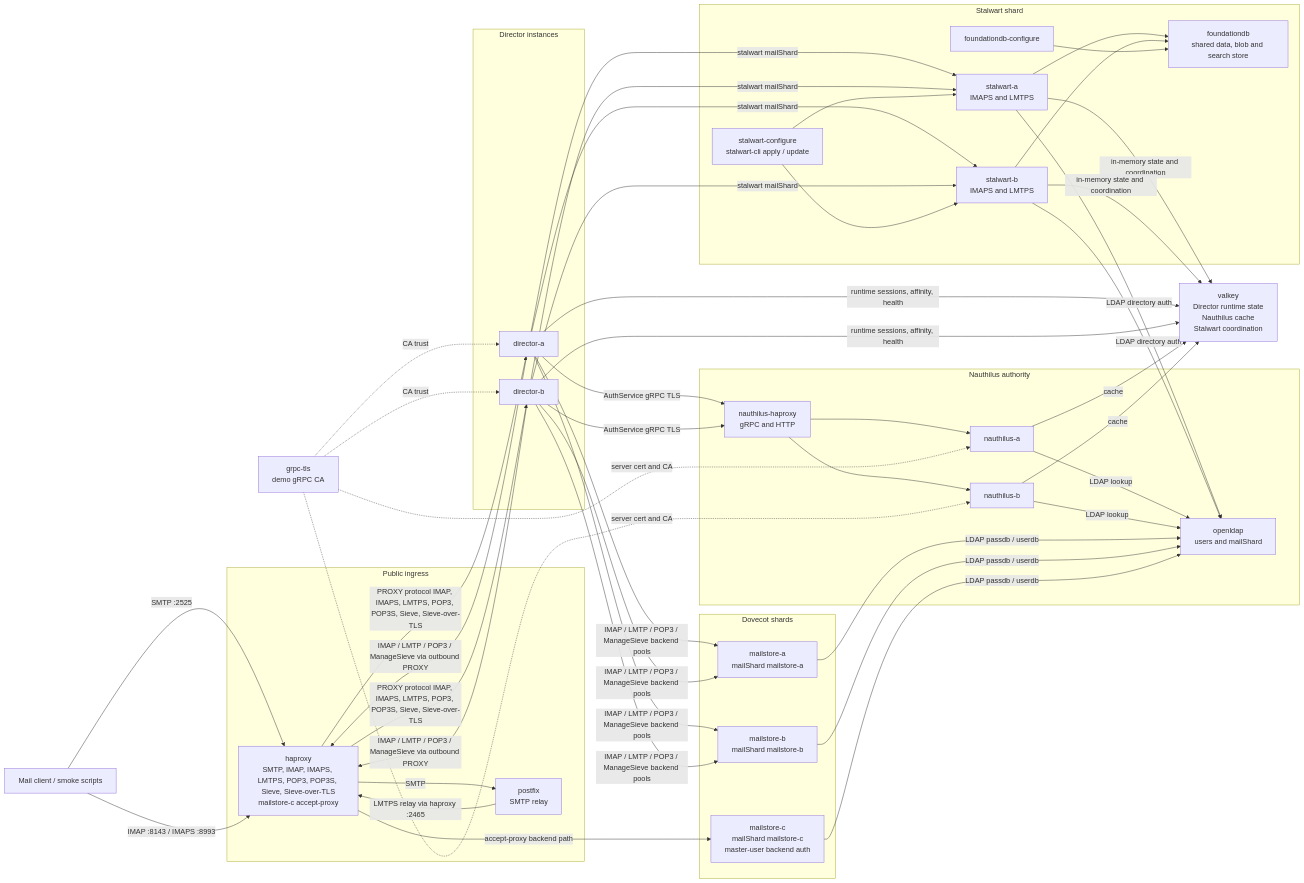
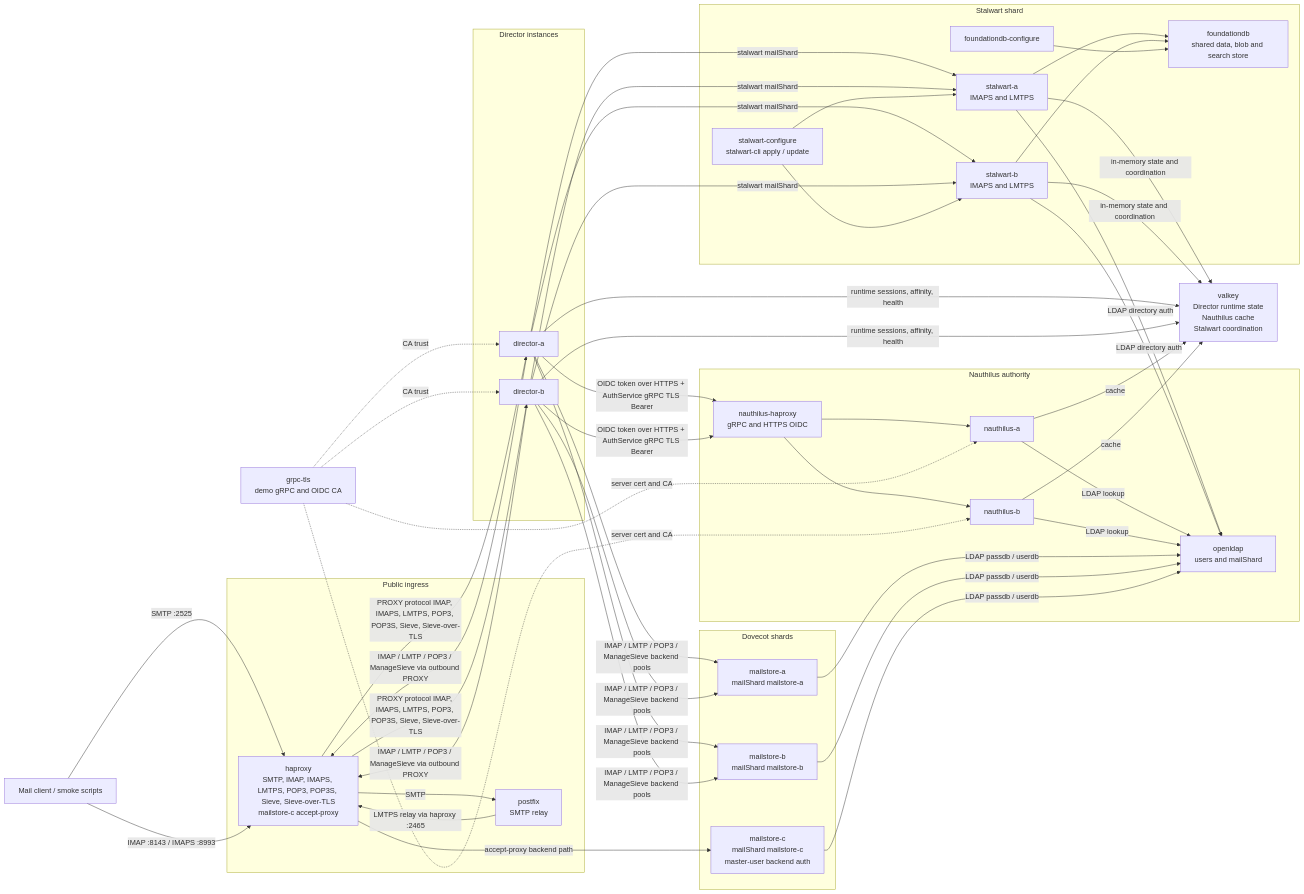
Before and after one commit to croessner/nauthilus-director: the diagram in contrib/demo-stack/README.md, drawn with Mermaid. The commit also changed other lines of this file and 1026 other files, not shown here.

```diff
--- a/contrib/demo-stack/README.md
+++ b/contrib/demo-stack/README.md
@@ -34,7 +34,7 @@
     end
 
     subgraph authority["Nauthilus authority"]
-        nauthilusProxy["nauthilus-haproxy<br/>gRPC and HTTP"]
+        nauthilusProxy["nauthilus-haproxy<br/>gRPC and HTTPS OIDC"]
         nauthilusA["nauthilus-a"]
         nauthilusB["nauthilus-b"]
         openldap["openldap<br/>users and mailShard"]
@@ -55,7 +55,7 @@
     end
 
     valkey["valkey<br/>Director runtime state<br/>Nauthilus cache<br/>Stalwart coordination"]
-    grpcTls["grpc-tls<br/>demo gRPC CA"]
+    grpcTls["grpc-tls<br/>demo gRPC and OIDC CA"]
 
     client -->|"SMTP :2525"| haproxy
     client -->|"IMAP :8143 / IMAPS :8993"| haproxy
@@ -64,8 +64,8 @@
     haproxy -->|"PROXY protocol IMAP, IMAPS, LMTPS, POP3, POP3S, Sieve, Sieve-over-TLS"| directorA
     haproxy -->|"PROXY protocol IMAP, IMAPS, LMTPS, POP3, POP3S, Sieve, Sieve-over-TLS"| directorB
 
-    directorA -->|"AuthService gRPC TLS"| nauthilusProxy
-    directorB -->|"AuthService gRPC TLS"| nauthilusProxy
+    directorA -->|"OIDC token over HTTPS + AuthService gRPC TLS Bearer"| nauthilusProxy
+    directorB -->|"OIDC token over HTTPS + AuthService gRPC TLS Bearer"| nauthilusProxy
     nauthilusProxy --> nauthilusA
     nauthilusProxy --> nauthilusB
     nauthilusA -->|"LDAP lookup"| openldap
```
